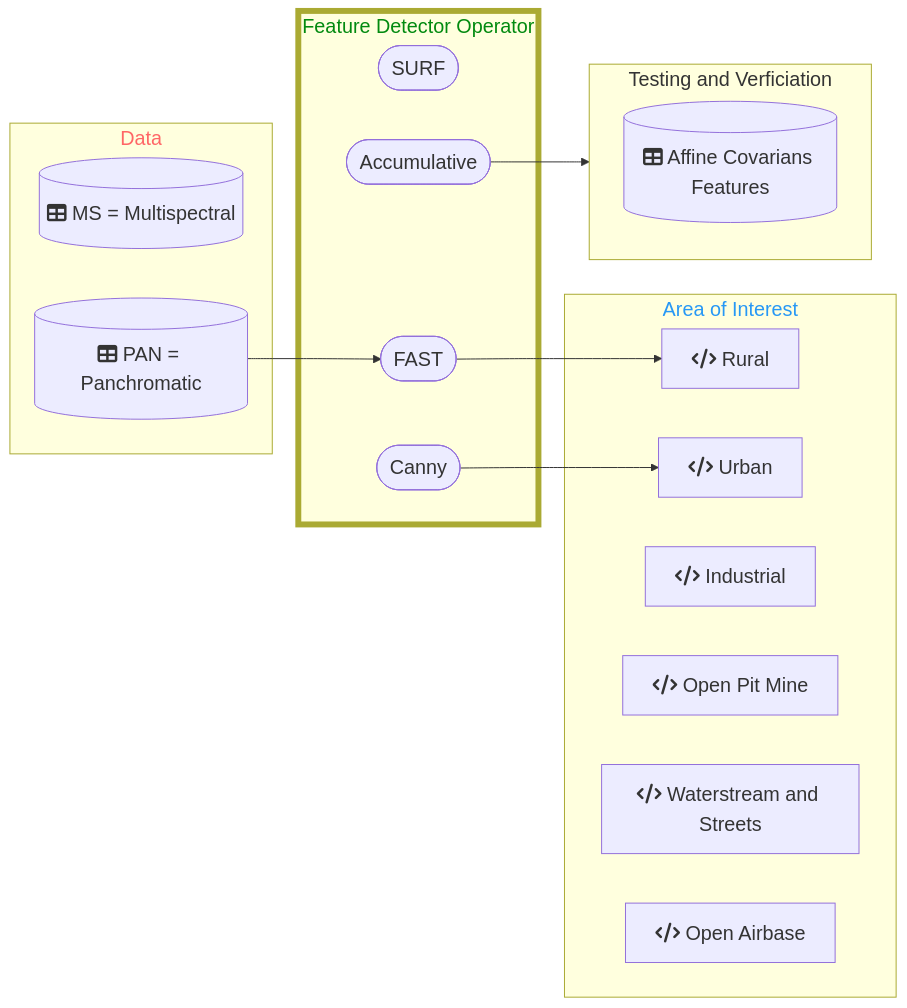
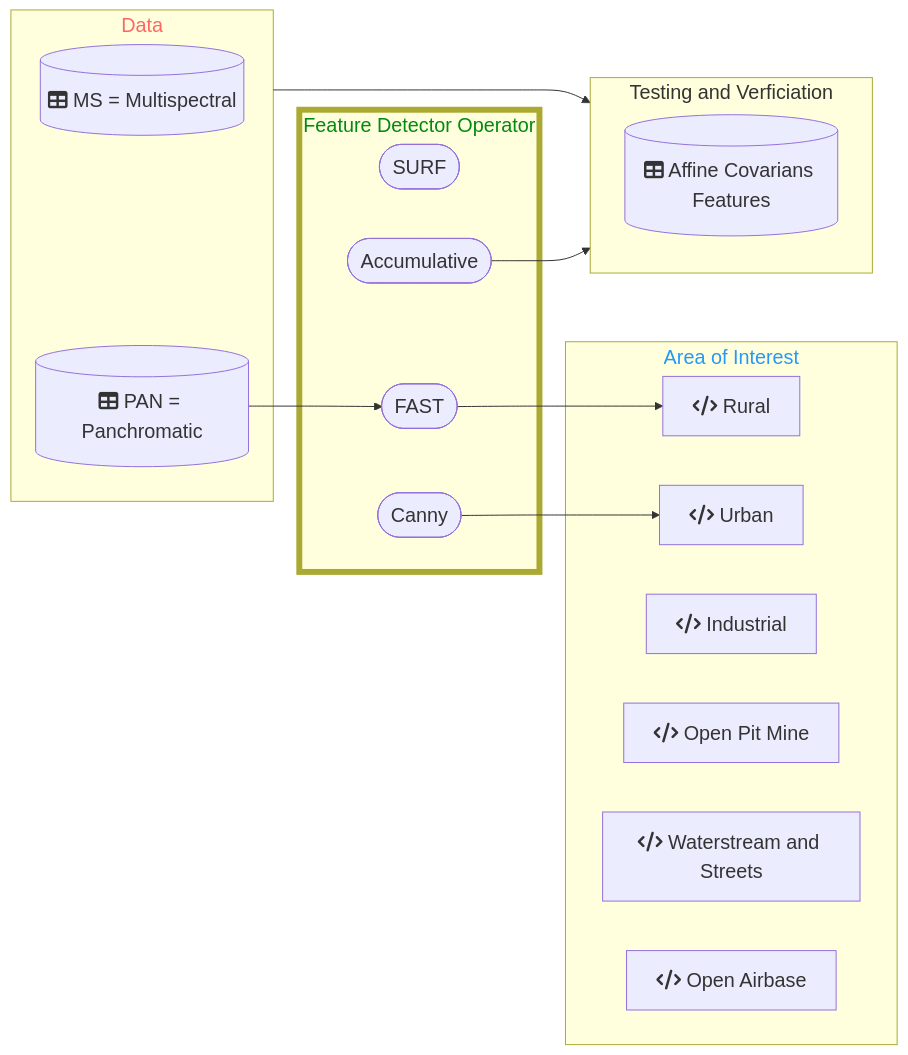
Before and after one commit to DippoldEJ/Feature-Detection-and-Explanation: the diagram in Application/README.md, drawn with Mermaid.

````diff
--- a/Application/README.md
+++ b/Application/README.md
@@ -13,43 +13,44 @@
 ```mermaid
 flowchart LR;
 %%{init: {
 	'themeVariables': { 'fontSize': '20px', 'fontFamily': 'Didot'}
 	}
 }%%
 
  subgraph n[Data]
         g[(fa:fa-table MS = Multispectral)]
         h[(fa:fa-table PAN = Panchromatic)]
     end
 
  subgraph o[Feature Detector Operator]
         j([SURF])
         k([FAST])
         l([Canny])
         m([Accumulative])
     end
 
 subgraph p[Area of Interest]
     a[fa:fa-code Rural]
     b[fa:fa-code Urban]
     c[fa:fa-code Industrial]
     d[fa:fa-code Open Pit Mine]
     e[fa:fa-code Waterstream and Streets]
     f[fa:fa-code Open Airbase]
     end
 
  subgraph q[Testing and Verficiation]
         r[(fa:fa-table Affine Covarians Features)]
     end
 
 style n color:#f66
 style o stroke-width:6px
 style o color:#028A0F
 style p color:#2798F5
 
 h-->k
 k-->a
 l-->b
 m-->q
+n-->q
 
 ```
````
